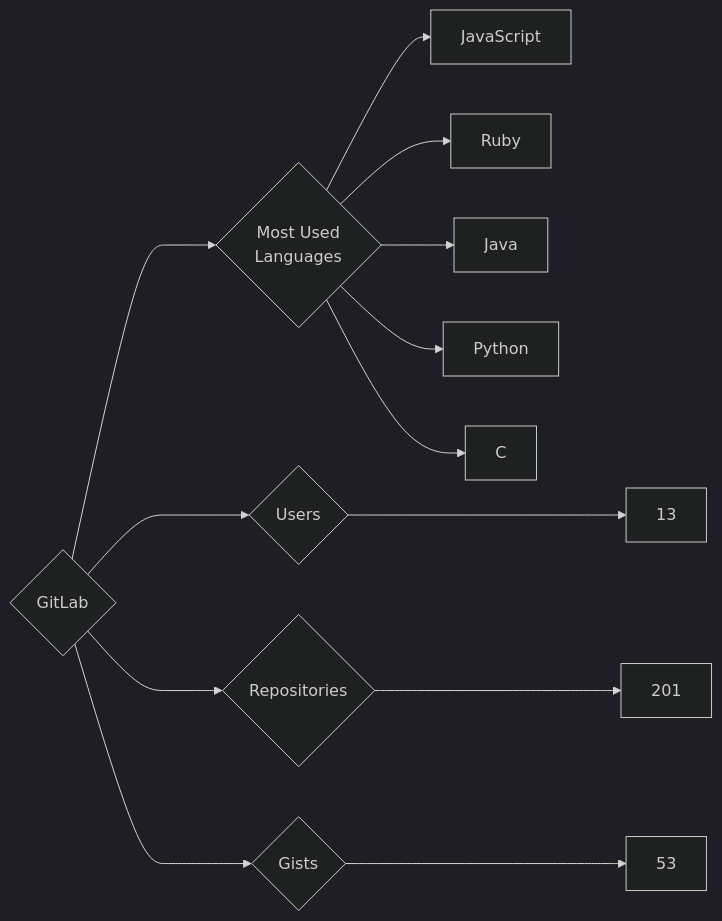
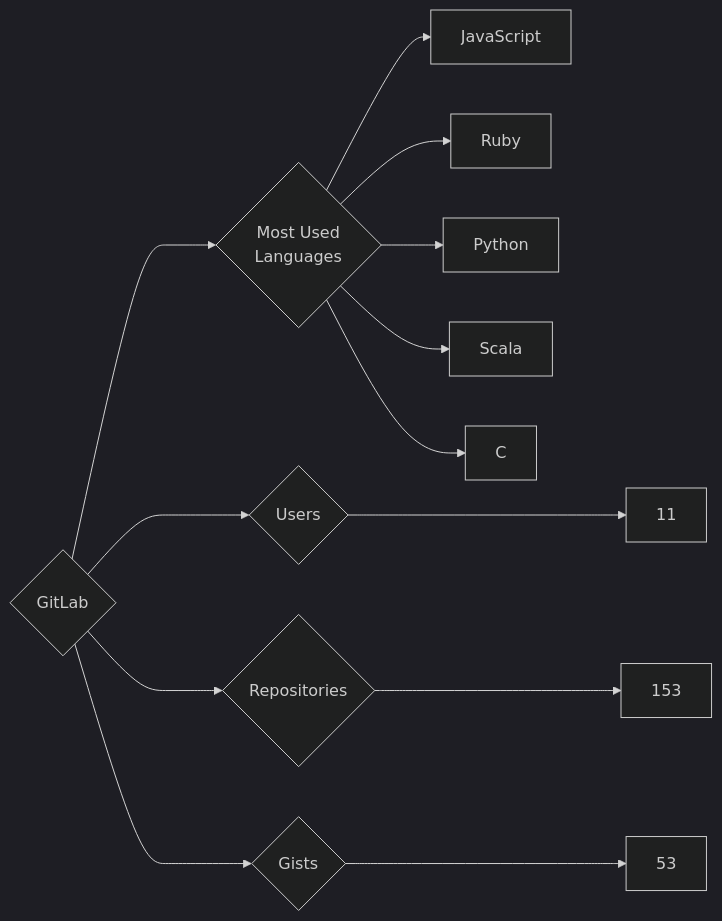
The diagram in targets/GitLab/README.md (trickest/insiders), drawn with Mermaid (dark theme) before and after one commit. The commit also changed 847 other files, not shown here.

````diff
--- a/targets/GitLab/README.md
+++ b/targets/GitLab/README.md
@@ -3,13 +3,13 @@
 ```mermaid
 graph LR
 COMPANY_NAME{GitLab}
-COMPANY_NAME ---> U{Users} ---> UN[13]
-COMPANY_NAME ---> R{Repositories} ---> RN[201]
+COMPANY_NAME ---> U{Users} ---> UN[11]
+COMPANY_NAME ---> R{Repositories} ---> RN[153]
 COMPANY_NAME ---> G{Gists} ---> GN[53]
 COMPANY_NAME ---> ML{Most Used<br>Languages}
 ML --> JavaScript[JavaScript]
 ML --> Ruby[Ruby]
-ML --> Java[Java]
 ML --> Python[Python]
+ML --> Scala[Scala]
 ML --> C[C]
 ```
````
